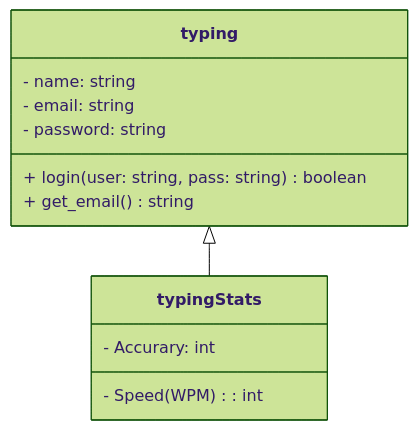
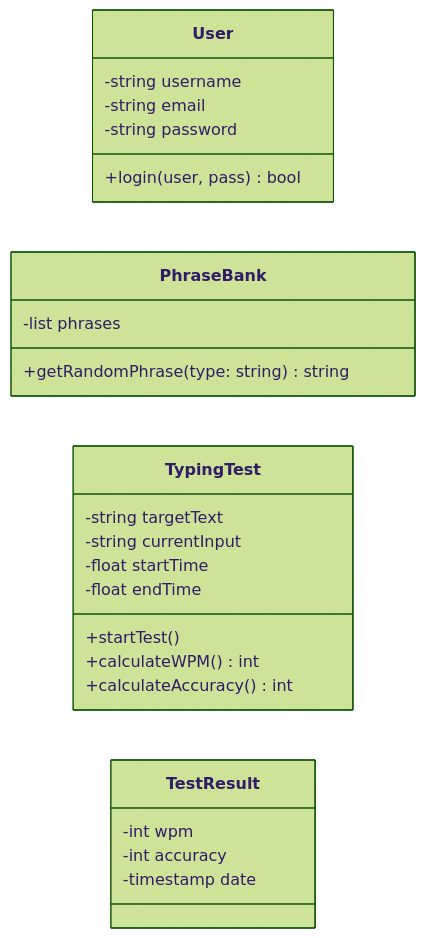
The diagram in README.md (Davictory2003/tippitytappity-design), drawn with Mermaid (forest theme) before and after one commit.

Commit message:
Update data model in README with new classes

````diff
--- a/README.md
+++ b/README.md
@@ -8,15 +8,31 @@
 ```mermaid
 classDiagram
-  typing <|-- typingStats
-  class typing{
-        - name: string
-        - email: string
-        - password: string
-        + login(user: string, pass: string) boolean
-        + get_email() string
-  }
-  class typingStats{
-        - Accurary: int
-        - Speed (WPM): int
-  }
+    direction LR
+    class User {
+        -string username
+        -string email
+        -string password
+        +login(user, pass) bool
+    }
+
+    class PhraseBank {
+        -list phrases
+        +getRandomPhrase(type: string) string
+    }
+
+    class TypingTest {
+        -string targetText
+        -string currentInput
+        -float startTime
+        -float endTime
+        +startTest()
+        +calculateWPM() int
+        +calculateAccuracy() int
+    }
+
+    class TestResult {
+        -int wpm
+        -int accuracy
+        -timestamp date
+    }
 ```
````
